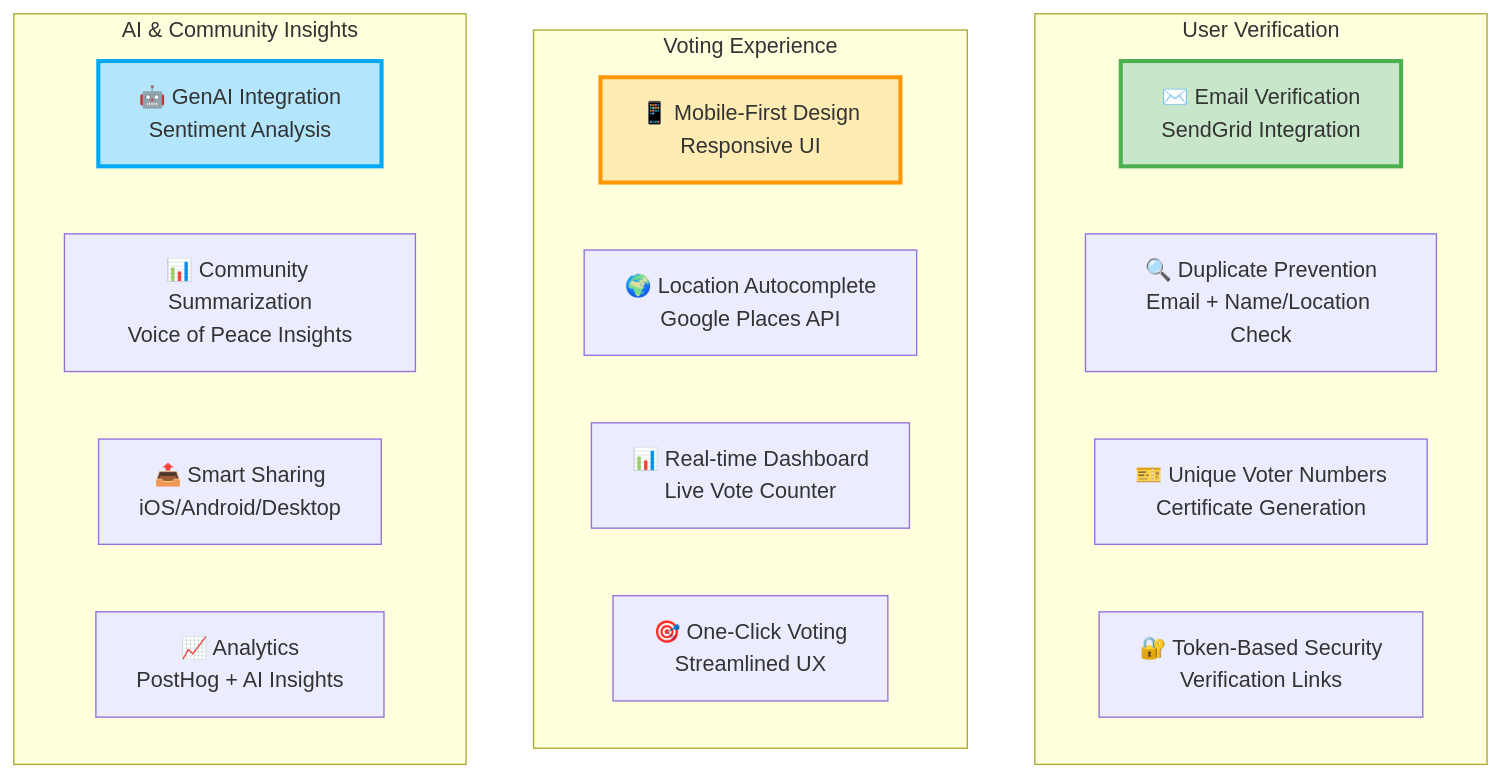
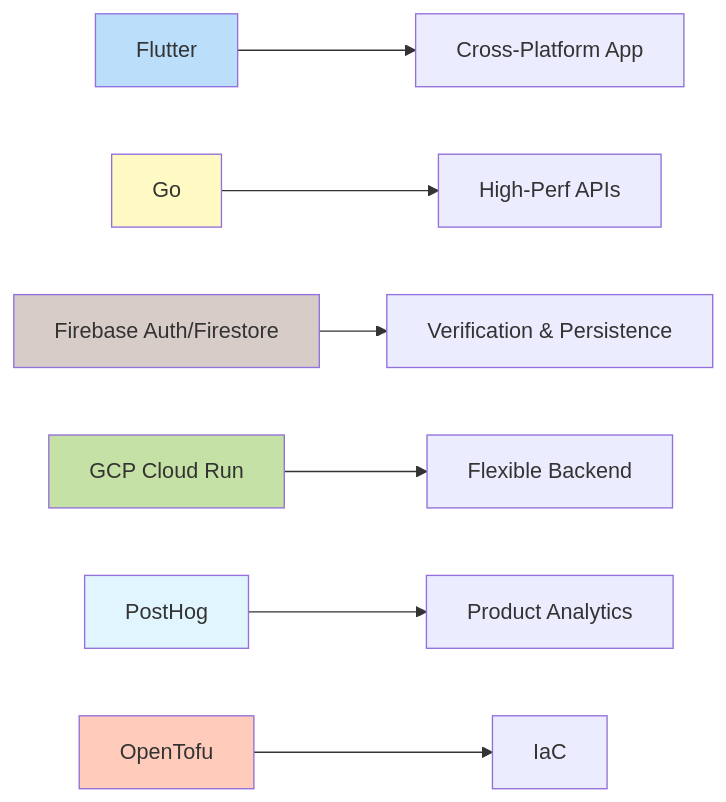
Before and after one commit to keolo/keolo-com: the third of 3 diagrams in content/projects/global-peace-yes.md, drawn with Mermaid. The commit also changed other lines of this file and 2 other files, not shown here.

````diff
--- a/content/projects/global-peace-yes.md
+++ b/content/projects/global-peace-yes.md
@@ -298,27 +144,15 @@
 ```mermaid
-graph TB
-    subgraph "User Verification"
-        A[✉️ Email Verification<br/>SendGrid Integration]
-        B[🔍 Duplicate Prevention<br/>Email + Name/Location Check]
-        C[🎫 Unique Voter Numbers<br/>Certificate Generation]
-        D[🔐 Token-Based Security<br/>Verification Links]
-    end
-    
-    subgraph "Voting Experience"
-        E[📱 Mobile-First Design<br/>Responsive UI]
-        F[🌍 Location Autocomplete<br/>Google Places API]
-        G[📊 Real-time Dashboard<br/>Live Vote Counter]
-        H[🎯 One-Click Voting<br/>Streamlined UX]
-    end
-    
-    subgraph "AI & Community Insights"
-        I[🤖 GenAI Integration<br/>Sentiment Analysis]
-        J[📊 Community Summarization<br/>Voice of Peace Insights]
-        K[📤 Smart Sharing<br/>iOS/Android/Desktop]
-        L[📈 Analytics<br/>PostHog + AI Insights]
-    end
-    
-    style A fill:#c8e6c9,stroke:#4caf50,stroke-width:3px
-    style E fill:#ffecb3,stroke:#ff9800,stroke-width:3px
-    style I fill:#b3e5fc,stroke:#03a9f4,stroke-width:3px
+graph LR
+  A[Flutter] --> B[Cross-Platform App]
+  C[Go] --> D[High-Perf APIs]
+  E[Firebase Auth/Firestore] --> F[Verification & Persistence]
+  G[GCP Cloud Run] --> H[Flexible Backend]
+  I[PostHog] --> J[Product Analytics]
+  K[OpenTofu] --> L[IaC]
+  style A fill:#bbdefb
+  style C fill:#fff9c4
+  style E fill:#d7ccc8
+  style G fill:#c5e1a5
+  style I fill:#e1f5fe
+  style K fill:#ffccbc
 ```
````
